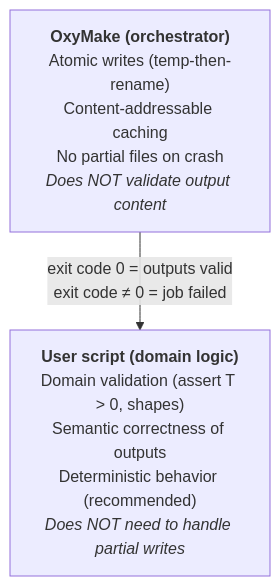
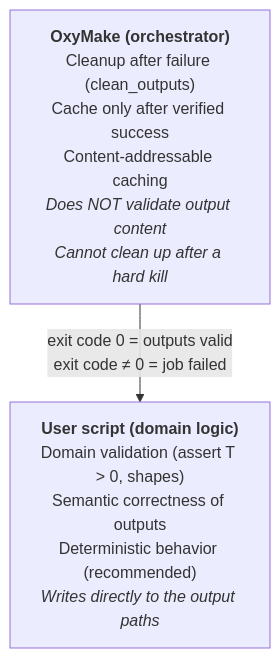
One commit to noogram/oxymake changed the diagram in docs/design/output-integrity.md. Above: the diagram before and after it, drawn with Mermaid. The commit also changed other lines of this file and 7 other files, not shown here.

First line of the commit message:
fix: stop promising atomic output writes in run help and output-integrity docs

````diff
--- a/docs/design/output-integrity.md
+++ b/docs/design/output-integrity.md
@@ -51,7 +71,7 @@
 ```mermaid
 graph TD
-    OX["<b>OxyMake (orchestrator)</b><br/>Atomic writes (temp-then-rename)<br/>Content-addressable caching<br/>No partial files on crash<br/><i>Does NOT validate output content</i>"]
-    US["<b>User script (domain logic)</b><br/>Domain validation (assert T > 0, shapes)<br/>Semantic correctness of outputs<br/>Deterministic behavior (recommended)<br/><i>Does NOT need to handle partial writes</i>"]
+    OX["<b>OxyMake (orchestrator)</b><br/>Cleanup after failure (clean_outputs)<br/>Cache only after verified success<br/>Content-addressable caching<br/><i>Does NOT validate output content<br/>Cannot clean up after a hard kill</i>"]
+    US["<b>User script (domain logic)</b><br/>Domain validation (assert T > 0, shapes)<br/>Semantic correctness of outputs<br/>Deterministic behavior (recommended)<br/><i>Writes directly to the output paths</i>"]
 
     OX -->|"exit code 0 = outputs valid<br/>exit code ≠ 0 = job failed"| US
 ```
````
